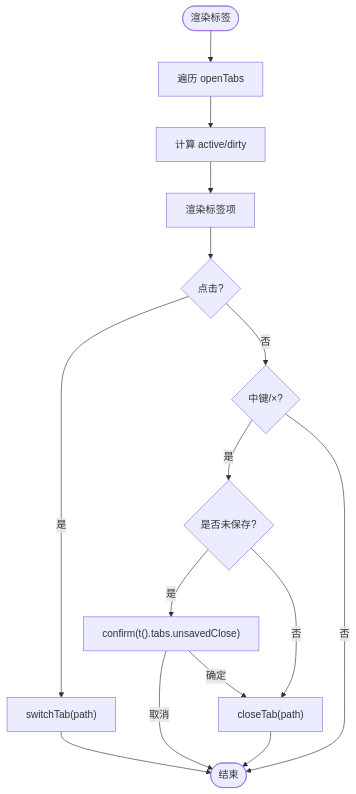
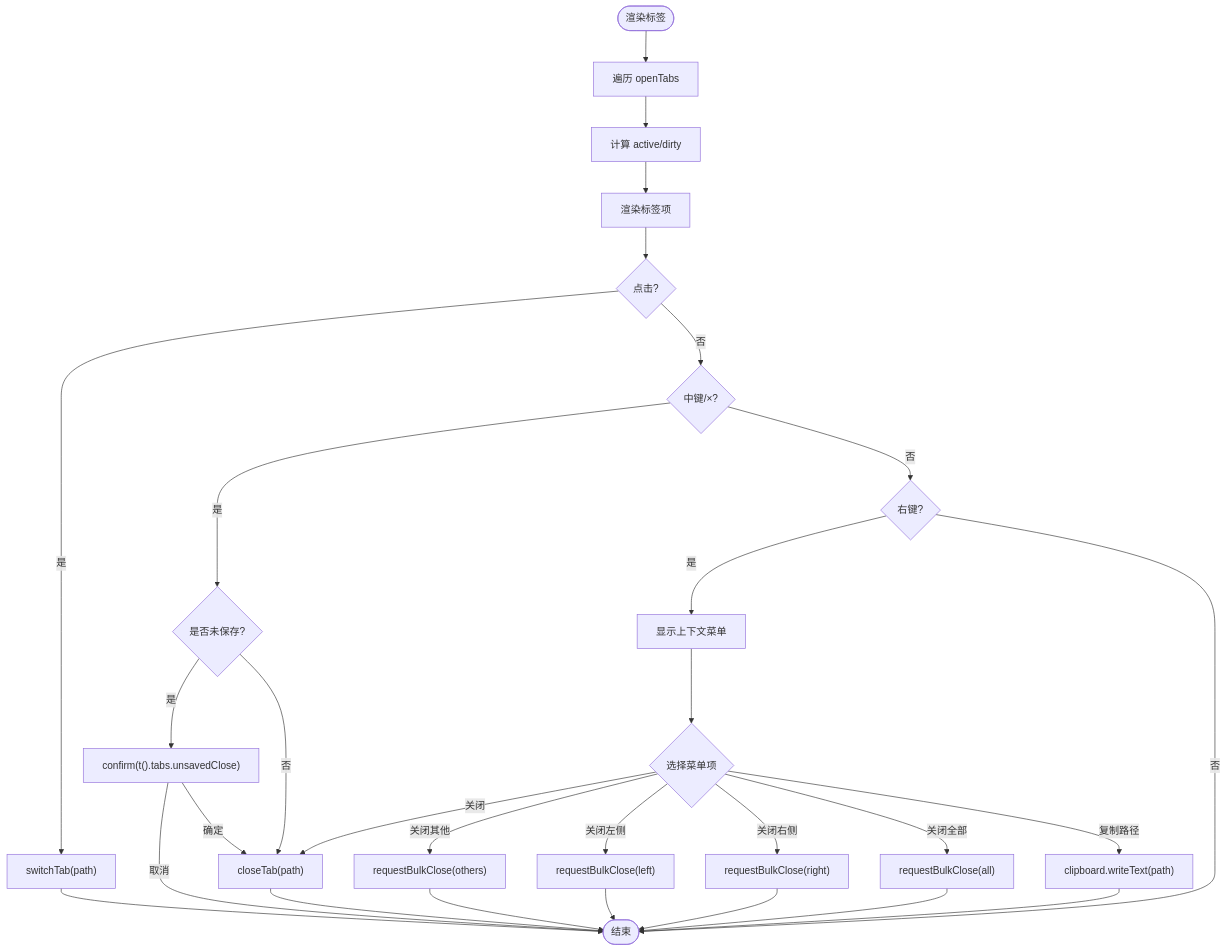
Before and after one commit to gongshiyun/ZenNote: the third of 7 diagrams in .qoder/repowiki/zh/content/布局系统/标签页系统.md, drawn with Mermaid. The commit also changed other lines of this file and 38 other files, not shown here.

````diff
--- a/.qoder/repowiki/zh/content/布局系统/标签页系统.md
+++ b/.qoder/repowiki/zh/content/布局系统/标签页系统.md
@@ -153,17 +172,31 @@
 ```mermaid
 flowchart TD
 Start(["渲染标签"]) --> ForEach["遍历 openTabs"]
 ForEach --> Compute["计算 active/dirty"]
 Compute --> Render["渲染标签项"]
 Render --> Click{"点击?"}
 Click --> |是| Switch["switchTab(path)"]
 Click --> |否| Aux{"中键/×?"}
 Aux --> |是| DirtyCheck{"是否未保存?"}
 DirtyCheck --> |是| Confirm["confirm(t().tabs.unsavedClose)"]
 Confirm --> |取消| End
 Confirm --> |确定| Close["closeTab(path)"]
 DirtyCheck --> |否| Close
-Aux --> |否| End(["结束"])
+Aux --> |否| RightClick{"右键?"}
+RightClick --> |是| ShowMenu["显示上下文菜单"]
+ShowMenu --> MenuAction{"选择菜单项"}
+MenuAction --> |关闭| Close
+MenuAction --> |关闭其他| BulkClose["requestBulkClose(others)"]
+MenuAction --> |关闭左侧| BulkCloseLeft["requestBulkClose(left)"]
+MenuAction --> |关闭右侧| BulkCloseRight["requestBulkClose(right)"]
+MenuAction --> |关闭全部| BulkCloseAll["requestBulkClose(all)"]
+MenuAction --> |复制路径| CopyPath["clipboard.writeText(path)"]
+RightClick --> |否| End(["结束"])
 Switch --> End
 Close --> End
+BulkClose --> End
+BulkCloseLeft --> End
+BulkCloseRight --> End
+BulkCloseAll --> End
+CopyPath --> End
 ```
````
